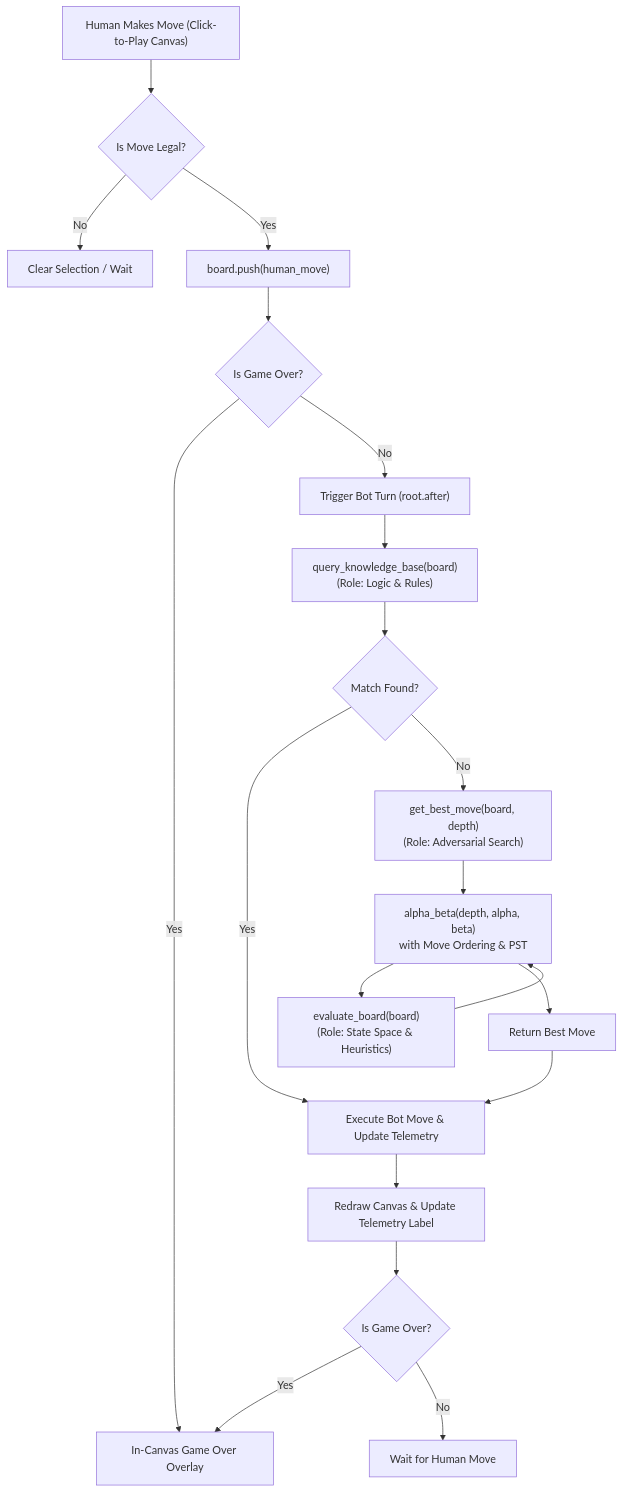
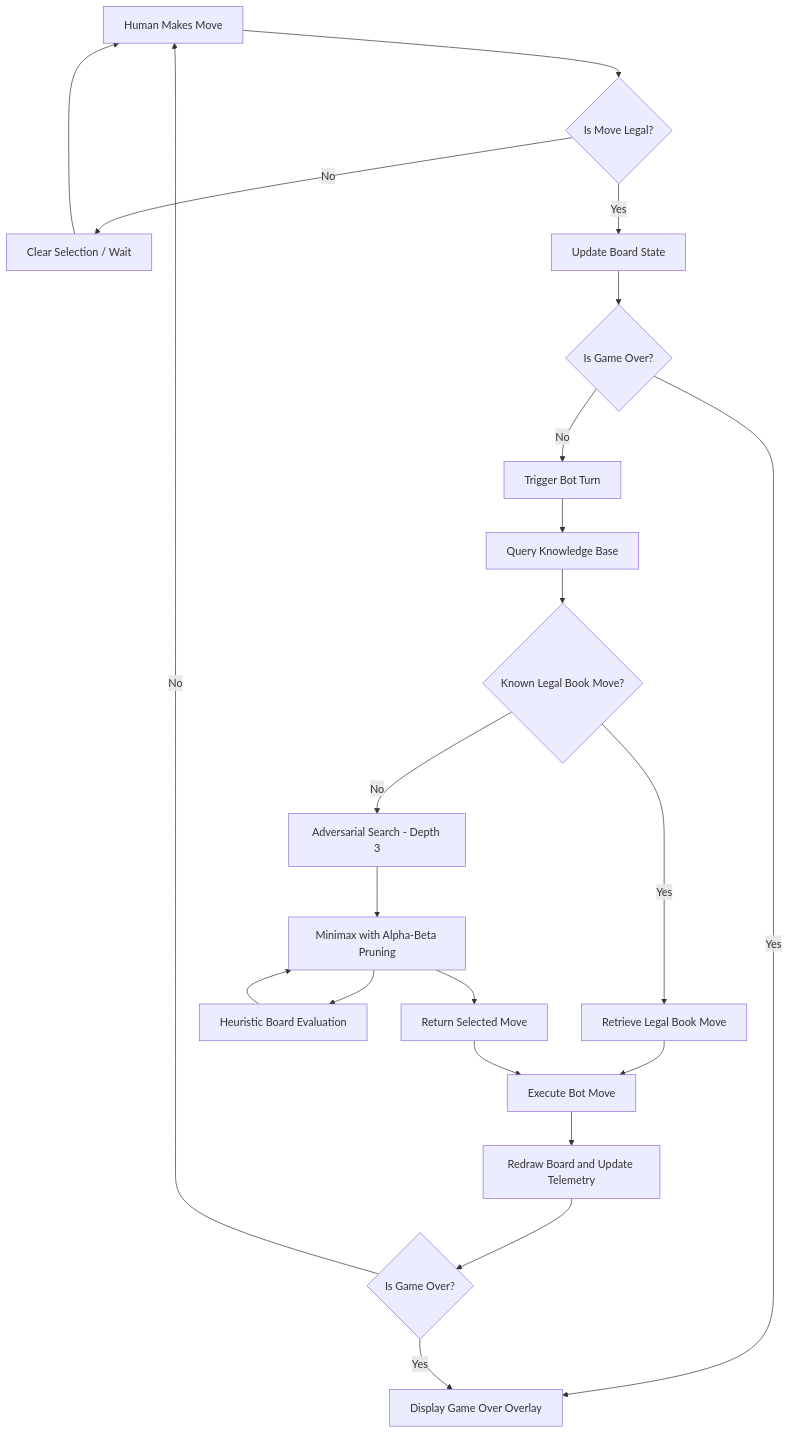
Before and after one commit to MerlinVoid/mockfish: the diagram in README.md, drawn with Mermaid. The commit also changed other lines of this file and 13 other files, not shown here.

````diff
--- a/README.md
+++ b/README.md
@@ -66,27 +127,24 @@
 ```mermaid
 flowchart TD
-    HumanMove["Human Makes Move (Click-to-Play Canvas)"] --> LegalityCheck{"Is Move Legal?"}
+    HumanMove["Human Makes Move"] --> LegalityCheck{"Is Move Legal?"}
     LegalityCheck -- No --> ResetSelect["Clear Selection / Wait"]
-    LegalityCheck -- Yes --> PushHuman["board.push(human_move)"]
-    
+    ResetSelect --> HumanMove
+    LegalityCheck -- Yes --> PushHuman["Update Board State"]
     PushHuman --> GameOver1{"Is Game Over?"}
-    GameOver1 -- Yes --> EndBanner["Display Result (Checkmate / Draw)"]
-    GameOver1 -- No --> BotStart["Trigger Bot Turn (root.after)"]
-    
-    BotStart --> QueryKB["query_knowledge_base(board)\n(Role: Logic & Rules)"]
-    QueryKB --> KBFound{"Match Found?"}
-    
-    KBFound -- Yes --> ExecMove["Execute Bot Move & Update Telemetry"]
-    KBFound -- No --> SearchMove["get_best_move(board, depth)\n(Role: Adversarial Search)"]
-    
-    SearchMove --> AlphaBeta["alpha_beta(depth, alpha, beta)\nwith Move Ordering & PST"]
-    AlphaBeta --> EvalCall["evaluate_board(board)\n(Role: State Space & Heuristics)"]
+    GameOver1 -- Yes --> EndBanner["Display Game Over Overlay"]
+    GameOver1 -- No --> BotStart["Trigger Bot Turn"]
+    BotStart --> QueryKB["Query Knowledge Base"]
+    QueryKB --> KBFound{"Known Legal Book Move?"}
+    KBFound -- Yes --> BookMove["Retrieve Legal Book Move"]
+    KBFound -- No --> SearchMove["Adversarial Search - Depth 3"]
+    SearchMove --> AlphaBeta["Minimax with Alpha-Beta Pruning"]
+    AlphaBeta --> EvalCall["Heuristic Board Evaluation"]
     EvalCall --> AlphaBeta
-    AlphaBeta --> BestMoveFound["Return Best Move"]
+    AlphaBeta --> BestMoveFound["Return Selected Move"]
+    BookMove --> ExecMove["Execute Bot Move"]
     BestMoveFound --> ExecMove
-    
-    ExecMove --> Redraw["Redraw Canvas & Update Telemetry Label"]
+    ExecMove --> Redraw["Redraw Board and Update Telemetry"]
     Redraw --> GameOver2{"Is Game Over?"}
-    GameOver2 -- Yes --> EndBanner["In-Canvas Game Over Overlay"]
-    GameOver2 -- No --> HumanTurn["Wait for Human Move"]
+    GameOver2 -- Yes --> EndBanner
+    GameOver2 -- No --> HumanMove
 ```
````
